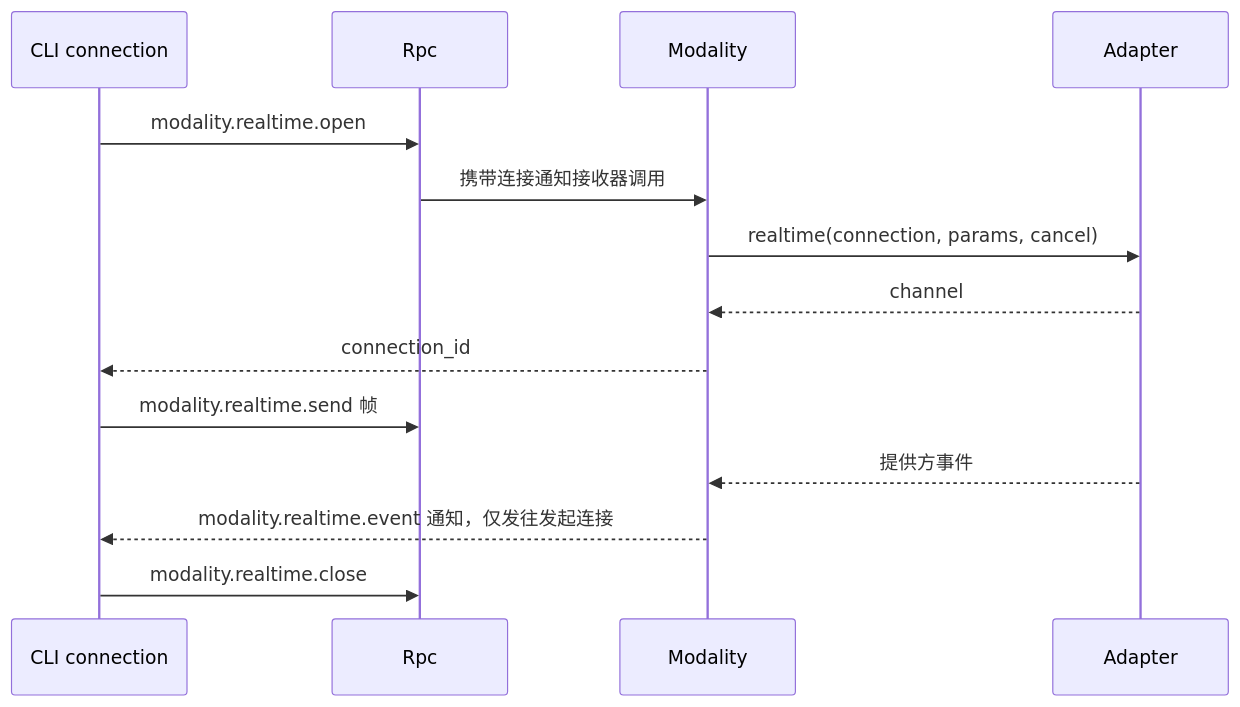
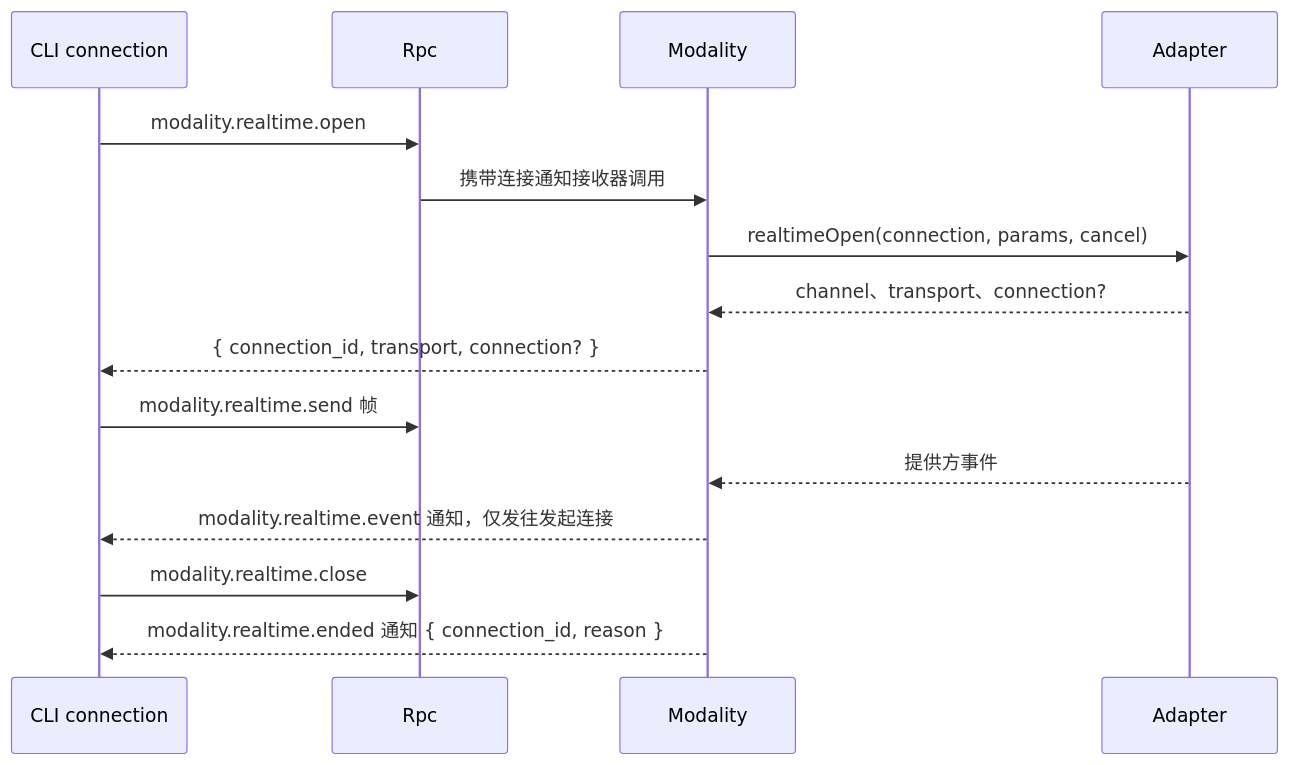
The fifth of 6 diagrams in docs/zh/design/plugins/Modality.md (CoutinhoTTS/dim-agent), drawn with Mermaid before and after one commit. The commit also changed other lines of this file and 9 other files, not shown here.

First line of the commit message:
feat(modality): serve realtime sessions through connection-bound notifications

````diff
--- a/docs/zh/design/plugins/Modality.md
+++ b/docs/zh/design/plugins/Modality.md
@@ -142,16 +142,17 @@
 ```mermaid
 sequenceDiagram
   participant C as CLI connection
   participant R as Rpc
   participant D as Modality
   participant A as Adapter
   C->>R: modality.realtime.open
   R->>D: 携带连接通知接收器调用
-  D->>A: realtime(connection, params, cancel)
-  A-->>D: channel
-  D-->>C: connection_id
+  D->>A: realtimeOpen(connection, params, cancel)
+  A-->>D: channel、transport、connection?
+  D-->>C: { connection_id, transport, connection? }
   C->>R: modality.realtime.send 帧
   A-->>D: 提供方事件
   D-->>C: modality.realtime.event 通知，仅发往发起连接
   C->>R: modality.realtime.close
+  D-->>C: modality.realtime.ended 通知 { connection_id, reason }
 ```
````
